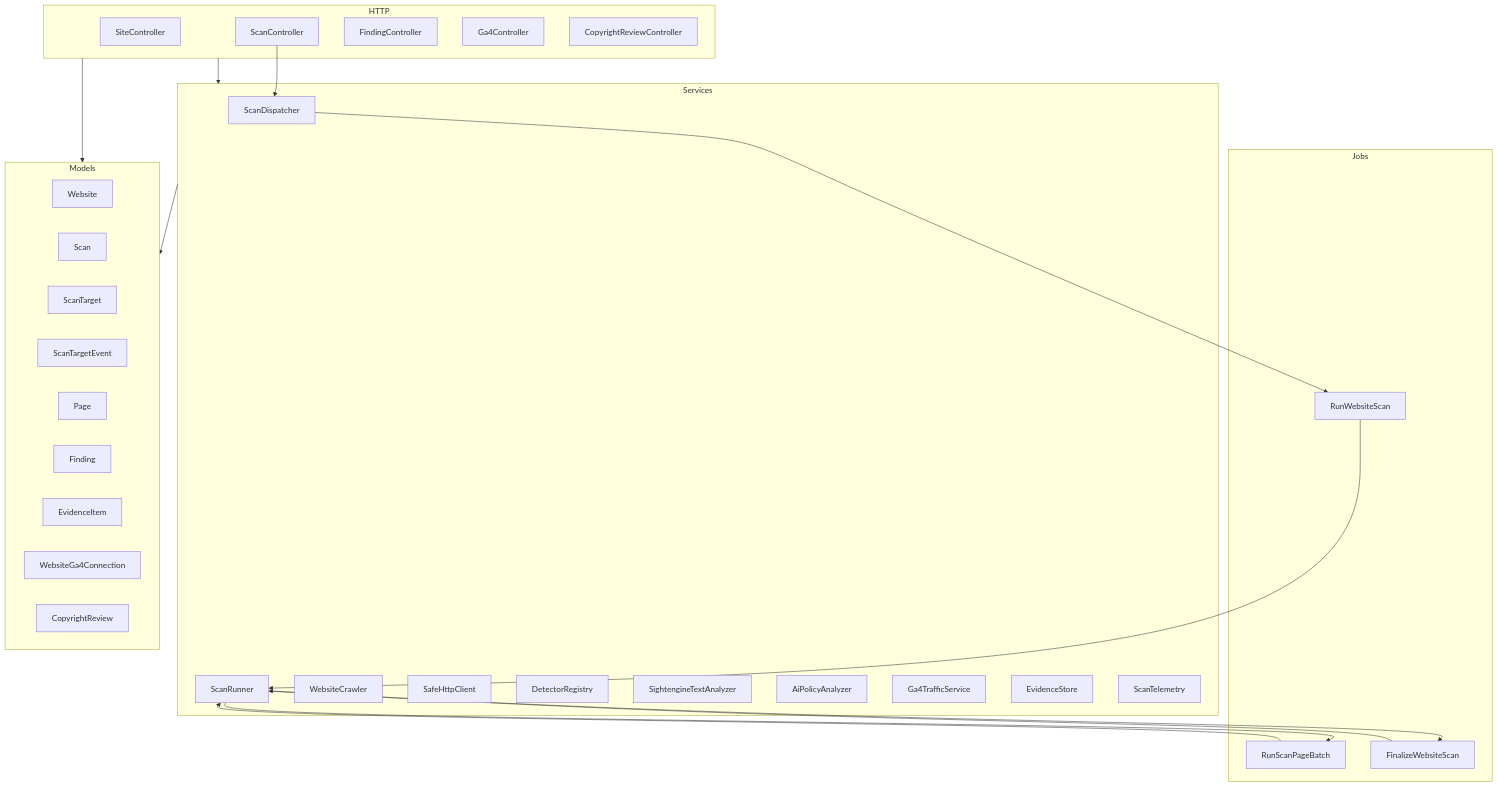
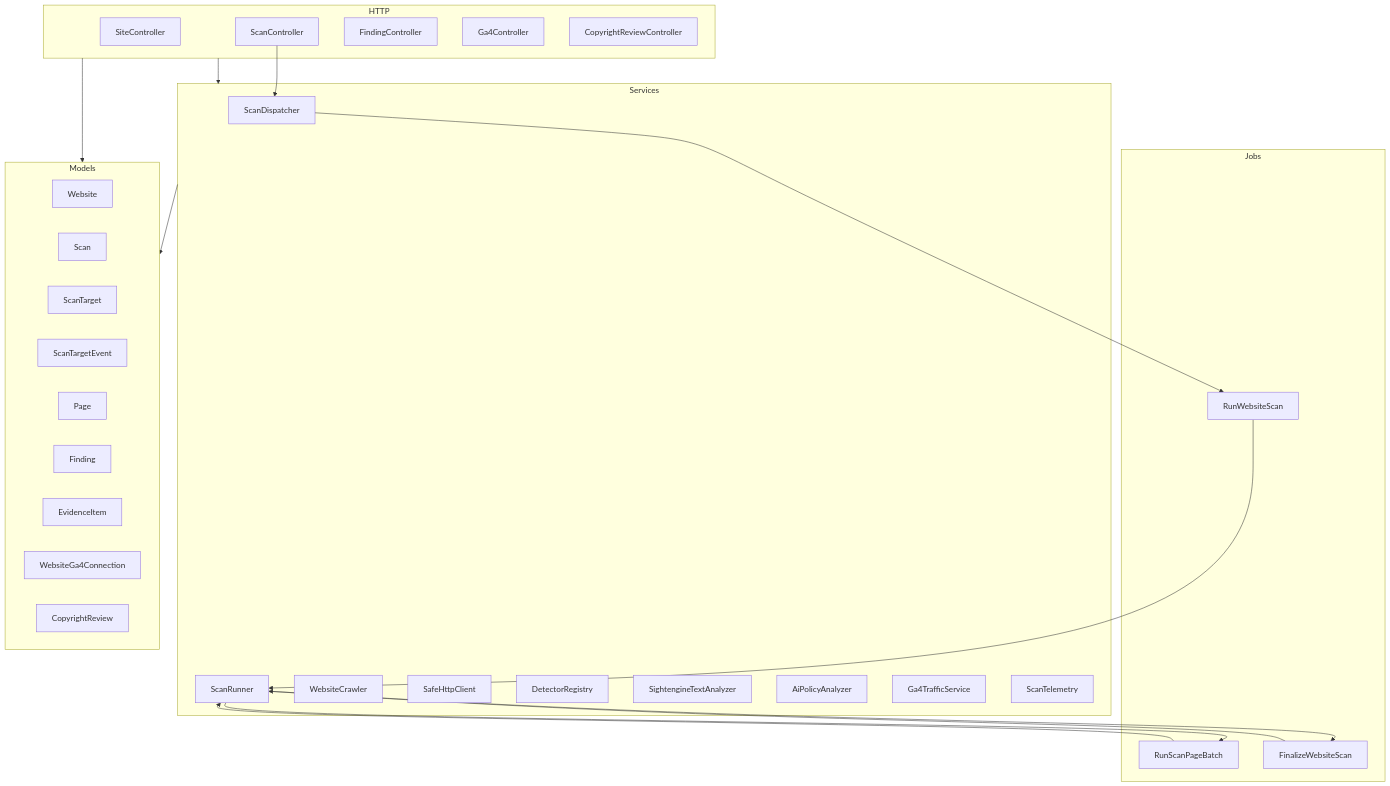
Before and after one commit to developer-maxvalue/maxGuard: the second of 21 diagrams in docs/PROJECT_HANDOVER.md, drawn with Mermaid. The commit also changed other lines of this file and 77 other files, not shown here.

````diff
--- a/docs/PROJECT_HANDOVER.md
+++ b/docs/PROJECT_HANDOVER.md
@@ -100,52 +99,51 @@
 ```mermaid
 flowchart TB
     subgraph HTTP
         SiteController
         ScanController
         FindingController
         Ga4Controller
         CopyrightReviewController
     end
 
     subgraph Services
         ScanDispatcher
         ScanRunner
         WebsiteCrawler
         SafeHttpClient
         DetectorRegistry
         SightengineTextAnalyzer
         AiPolicyAnalyzer
         Ga4TrafficService
-        EvidenceStore
         ScanTelemetry
     end
 
     subgraph Jobs
         RunWebsiteScan
         RunScanPageBatch
         FinalizeWebsiteScan
     end
 
     subgraph Models
         Website
         Scan
         ScanTarget
         ScanTargetEvent
         Page
         Finding
         EvidenceItem
         WebsiteGa4Connection
         CopyrightReview
     end
 
     HTTP --> Services
     HTTP --> Models
     ScanController --> ScanDispatcher
     ScanDispatcher --> RunWebsiteScan
     RunWebsiteScan --> ScanRunner
     ScanRunner --> RunScanPageBatch
     RunScanPageBatch --> ScanRunner
     ScanRunner --> FinalizeWebsiteScan
     FinalizeWebsiteScan --> ScanRunner
     Services --> Models
 ```
````
